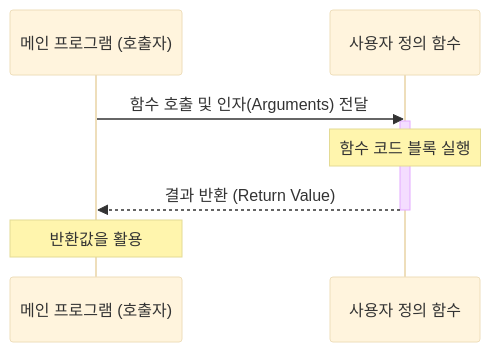
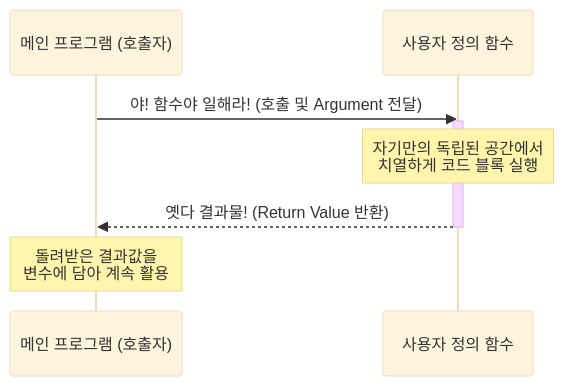
One commit to jinydev/datas changed the diagram in src/python/03_functions/01_function_concepts/index.md. Above: the diagram before and after it, drawn with Mermaid (base theme). The commit also changed other lines of this file and 512 other files, not shown here.

````diff
--- a/src/python/03_functions/01_function_concepts/index.md
+++ b/src/python/03_functions/01_function_concepts/index.md
@@ -27,11 +69,11 @@
 ```mermaid
 sequenceDiagram
     participant Caller as 메인 프로그램 (호출자)
     participant Func as 사용자 정의 함수
-    Caller->>Func: 함수 호출 및 인자(Arguments) 전달
+    Caller->>Func: 야! 함수야 일해라! (호출 및 Argument 전달)
     activate Func
-    Note over Func: 함수 코드 블록 실행
-    Func-->>Caller: 결과 반환 (Return Value)
+    Note over Func: 자기만의 독립된 공간에서<br>치열하게 코드 블록 실행
+    Func-->>Caller: 옛다 결과물! (Return Value 반환)
     deactivate Func
-    Note over Caller: 반환값을 활용
+    Note over Caller: 돌려받은 결과값을<br>변수에 담아 계속 활용
 ```
````
